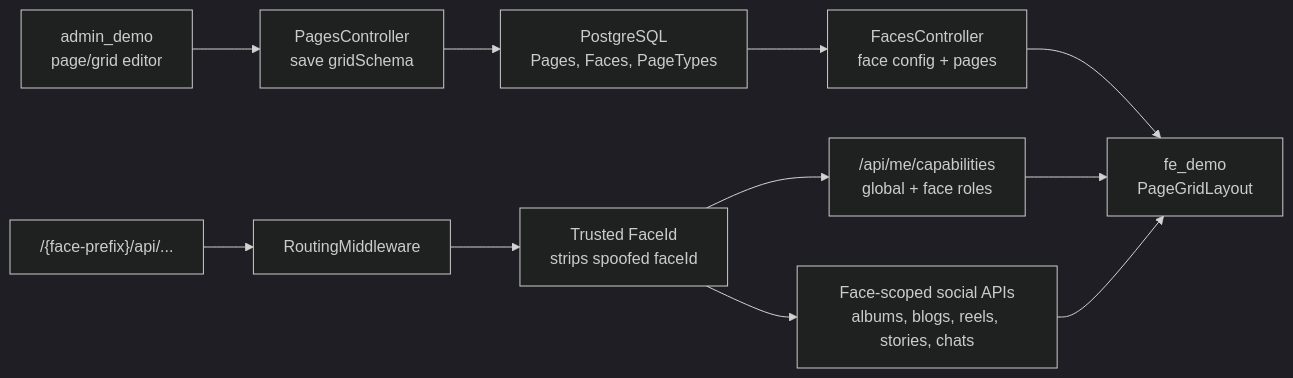
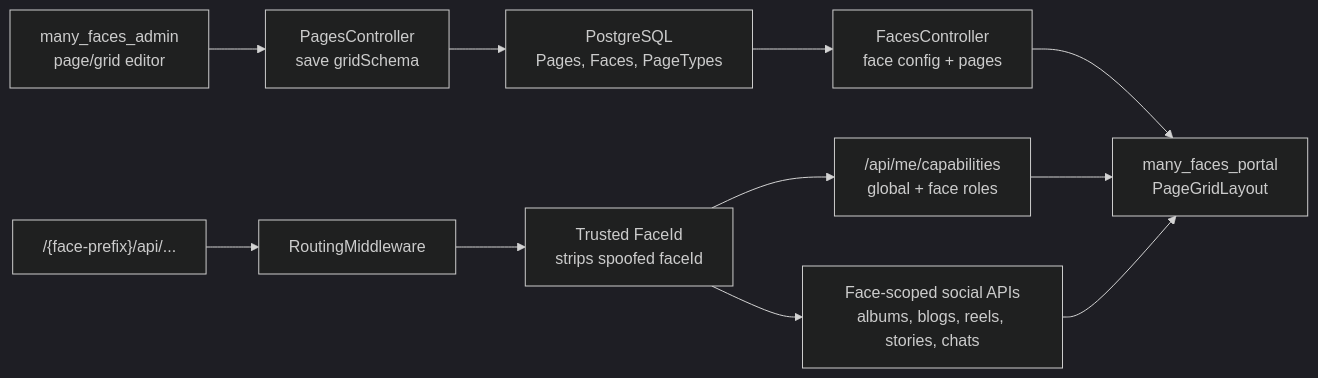
The eighth of 9 diagrams in README.md (01laky/mfai_demo), drawn with Mermaid (dark theme) before and after one commit. The commit also changed other lines of this file and 16 other files, not shown here.

Commit message:
chore: many_faces naming, dev network, and docs sweep

````diff
--- a/README.md
+++ b/README.md
@@ -201,14 +201,14 @@
 ```mermaid
 flowchart LR
-    admin["admin_demo<br/>page/grid editor"] --> pagesApi["PagesController<br/>save gridSchema"]
+    admin["many_faces_admin<br/>page/grid editor"] --> pagesApi["PagesController<br/>save gridSchema"]
     pagesApi --> db["PostgreSQL<br/>Pages, Faces, PageTypes"]
     db --> facesApi["FacesController<br/>face config + pages"]
-    facesApi --> frontend["fe_demo<br/>PageGridLayout"]
+    facesApi --> frontend["many_faces_portal<br/>PageGridLayout"]
 
     userRequest["/{face-prefix}/api/..."] --> routing["RoutingMiddleware"]
     routing --> trusted["Trusted FaceId<br/>strips spoofed faceId"]
     trusted --> capabilities["/api/me/capabilities<br/>global + face roles"]
     trusted --> social["Face-scoped social APIs<br/>albums, blogs, reels, stories, chats"]
     capabilities --> frontend
     social --> frontend
 ```
````
